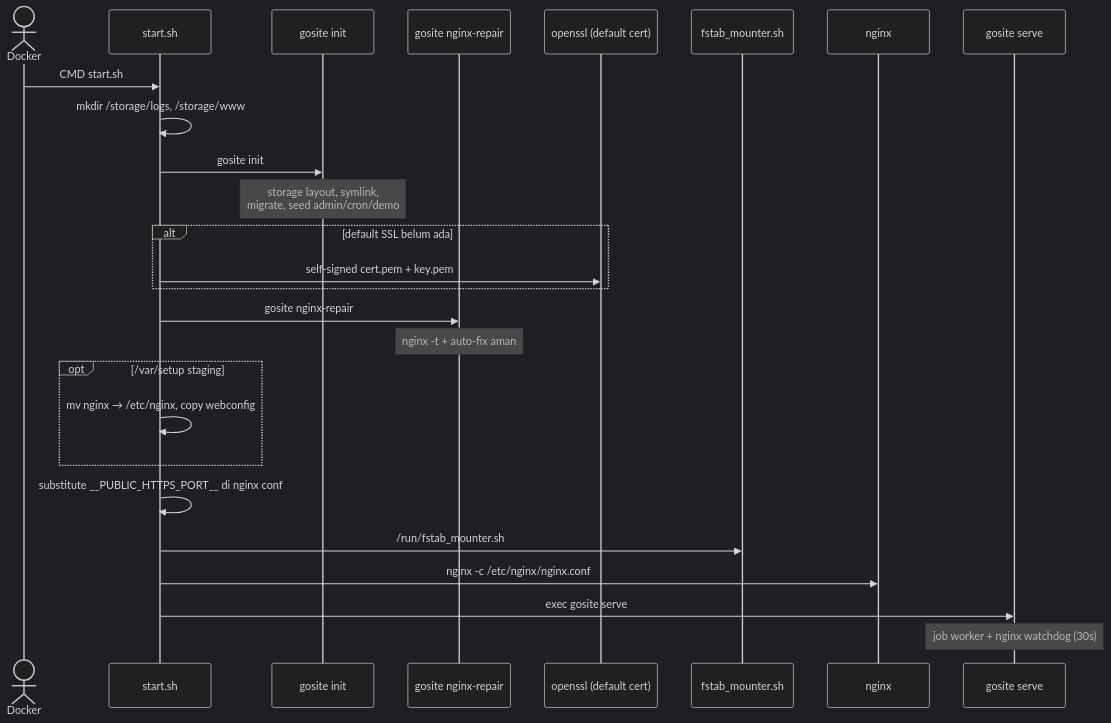
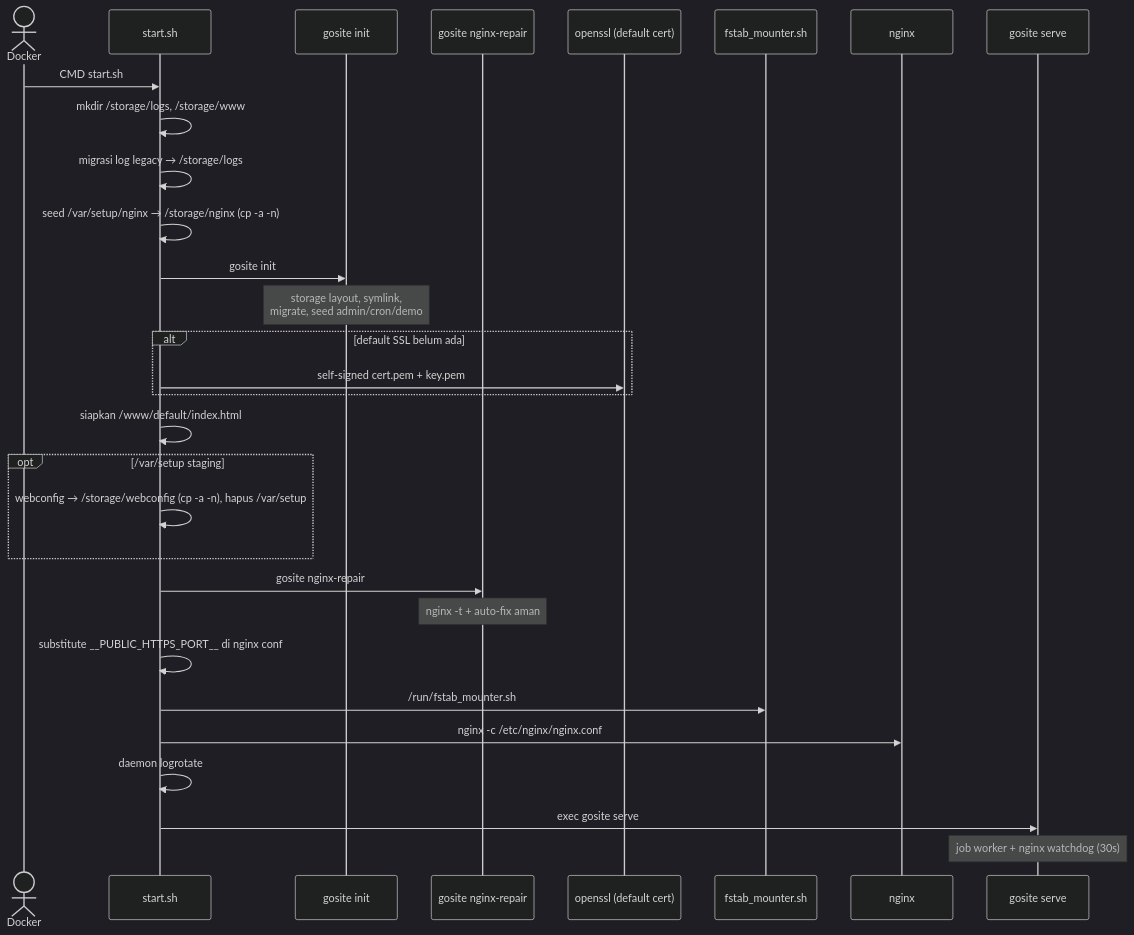
One commit to jahrulnr/GoSite changed the first of 2 diagrams in docs/sequences/01-container-startup_id.md. Above: the diagram before and after it, drawn with Mermaid (dark theme). The commit also changed other lines of this file and 9 other files, not shown here.

First line of the commit message:
fix(nginx): persist /etc/nginx in /storage and heal missing templates

````diff
--- a/docs/sequences/01-container-startup_id.md
+++ b/docs/sequences/01-container-startup_id.md
@@ -9,35 +9,40 @@
 ```mermaid
 sequenceDiagram
     actor Docker
     participant Start as start.sh
     participant Init as gosite init
     participant Repair as gosite nginx-repair
     participant SSL as openssl (default cert)
     participant Fstab as fstab_mounter.sh
     participant NGX as nginx
     participant Go as gosite serve
 
     Docker->>Start: CMD start.sh
 
     Start->>Start: mkdir /storage/logs, /storage/www
+    Start->>Start: migrasi log legacy → /storage/logs
+    Start->>Start: seed /var/setup/nginx → /storage/nginx (cp -a -n)
     Start->>Init: gosite init
     Note over Init: storage layout, symlink,<br/>migrate, seed admin/cron/demo
 
     alt default SSL belum ada
         Start->>SSL: self-signed cert.pem + key.pem
     end
 
+    Start->>Start: siapkan /www/default/index.html
+
+    opt /var/setup staging
+        Start->>Start: webconfig → /storage/webconfig (cp -a -n), hapus /var/setup
+    end
+
     Start->>Repair: gosite nginx-repair
     Note over Repair: nginx -t + auto-fix aman
-
-    opt /var/setup staging
-        Start->>Start: mv nginx → /etc/nginx, copy webconfig
-    end
 
     Start->>Start: substitute __PUBLIC_HTTPS_PORT__ di nginx conf
     Start->>Fstab: /run/fstab_mounter.sh
     Start->>NGX: nginx -c /etc/nginx/nginx.conf
+    Start->>Start: daemon logrotate
     Start->>Go: exec gosite serve
 
     Note over Go: job worker + nginx watchdog (30s)
 ```
````
